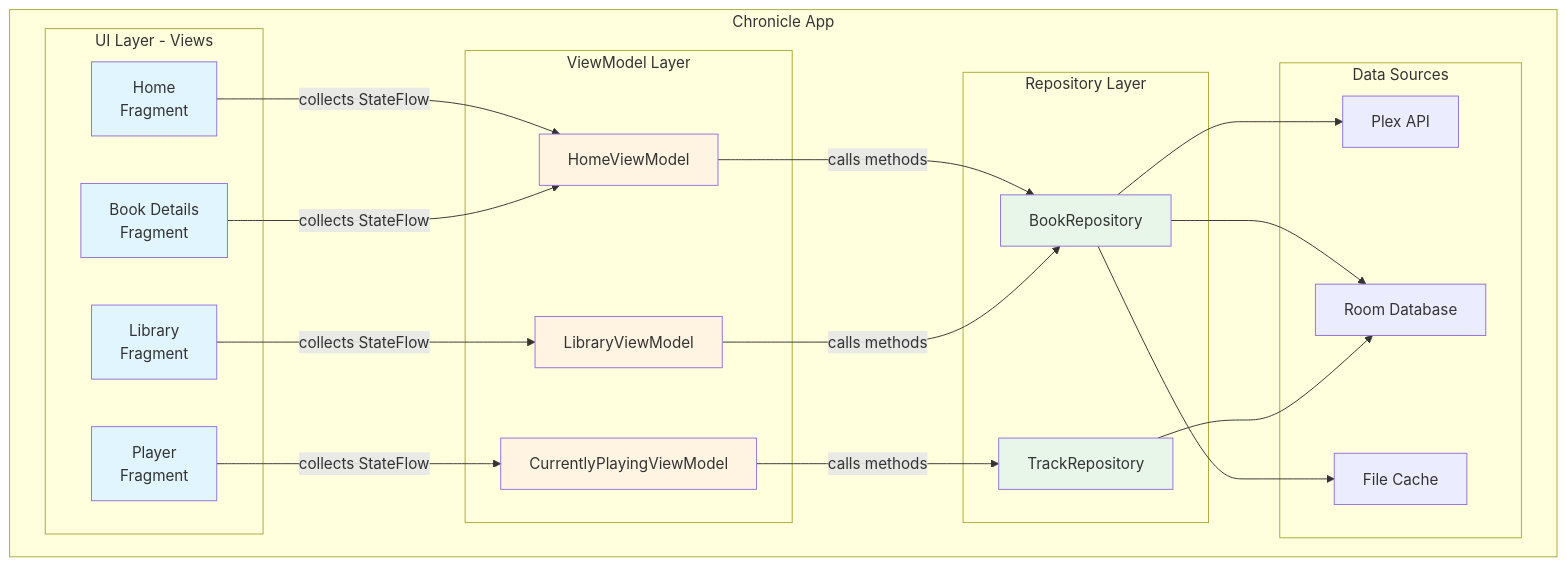
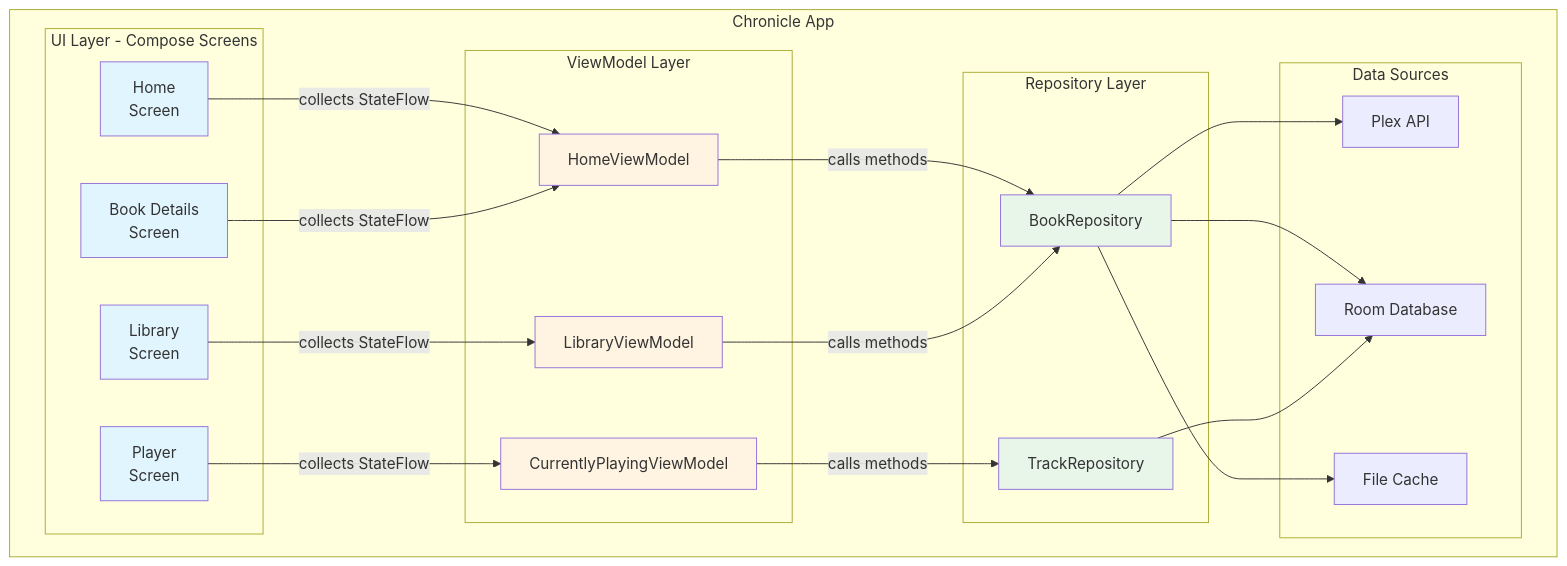
The first of 8 diagrams in backlog/docs/reference/07-visual-guide.md (alebianco/chronicle), drawn with Mermaid before and after one commit. The commit also changed other lines of this file and 73 other files, not shown here.

````diff
--- a/backlog/docs/reference/07-visual-guide.md
+++ b/backlog/docs/reference/07-visual-guide.md
@@ -14,52 +14,52 @@
 ```mermaid
 graph TB
     subgraph Chronicle App
-        subgraph UI Layer - Views
-            A[Home<br/>Fragment]
-            B[Library<br/>Fragment]
-            C[Book Details<br/>Fragment]
-            D[Player<br/>Fragment]
+        subgraph UI Layer - Compose Screens
+            A[Home<br/>Screen]
+            B[Library<br/>Screen]
+            C[Book Details<br/>Screen]
+            D[Player<br/>Screen]
         end
         
         subgraph ViewModel Layer
             E[HomeViewModel]
             F[LibraryViewModel]
             G[CurrentlyPlayingViewModel]
         end
         
         subgraph Repository Layer
             H[BookRepository]
             I[TrackRepository]
         end
         
         subgraph Data Sources
             J[Plex API]
             K[Room Database]
             L[File Cache]
         end
         
         A -->|collects StateFlow| E
         B -->|collects StateFlow| F
         C -->|collects StateFlow| E
         D -->|collects StateFlow| G
         
         E -->|calls methods| H
         F -->|calls methods| H
         G -->|calls methods| I
         
         H --> J
         H --> K
         I --> K
         H --> L
     end
     
     style A fill:#e1f5ff
     style B fill:#e1f5ff
     style C fill:#e1f5ff
     style D fill:#e1f5ff
     style E fill:#fff4e1
     style F fill:#fff4e1
     style G fill:#fff4e1
     style H fill:#e8f5e9
     style I fill:#e8f5e9
 ```
````
